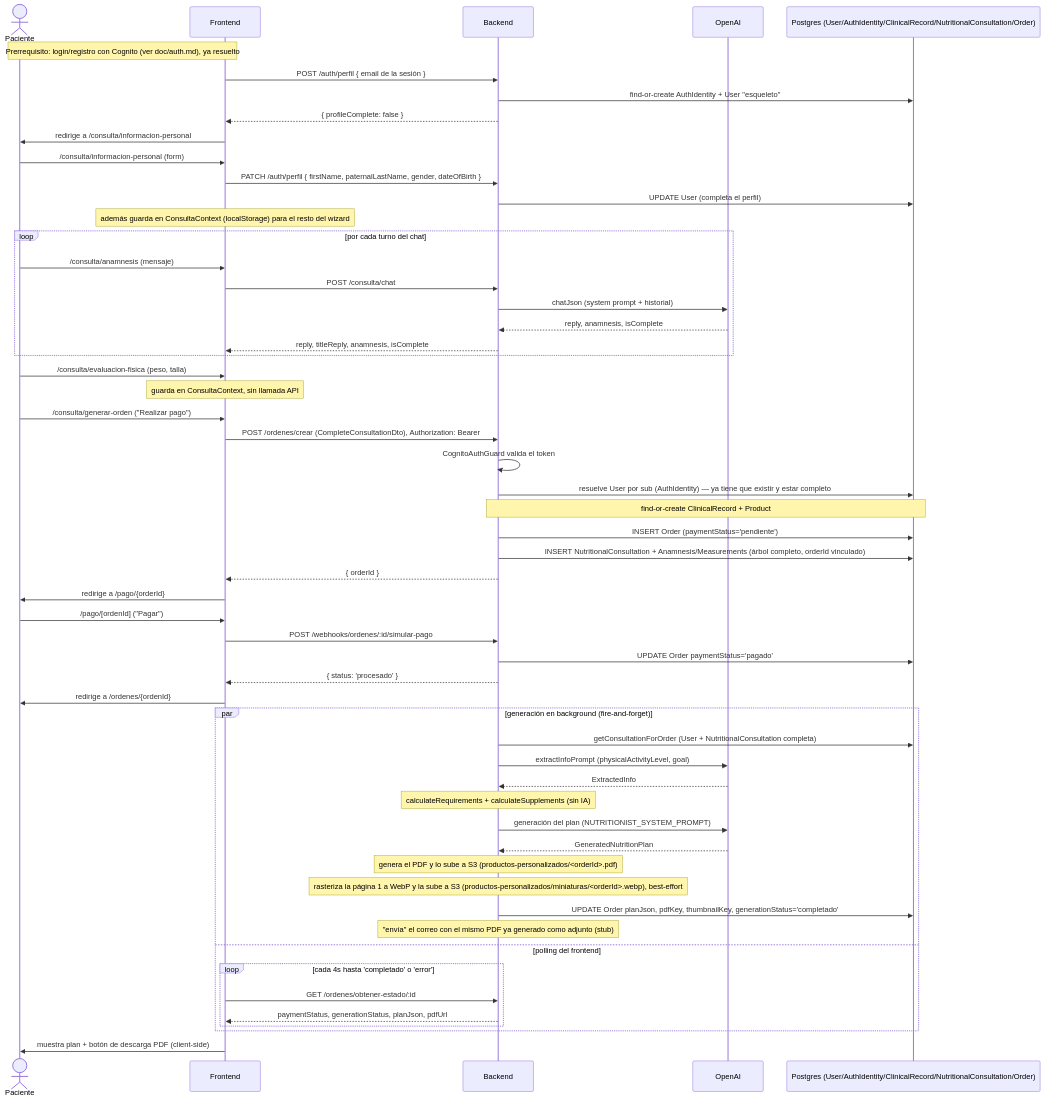
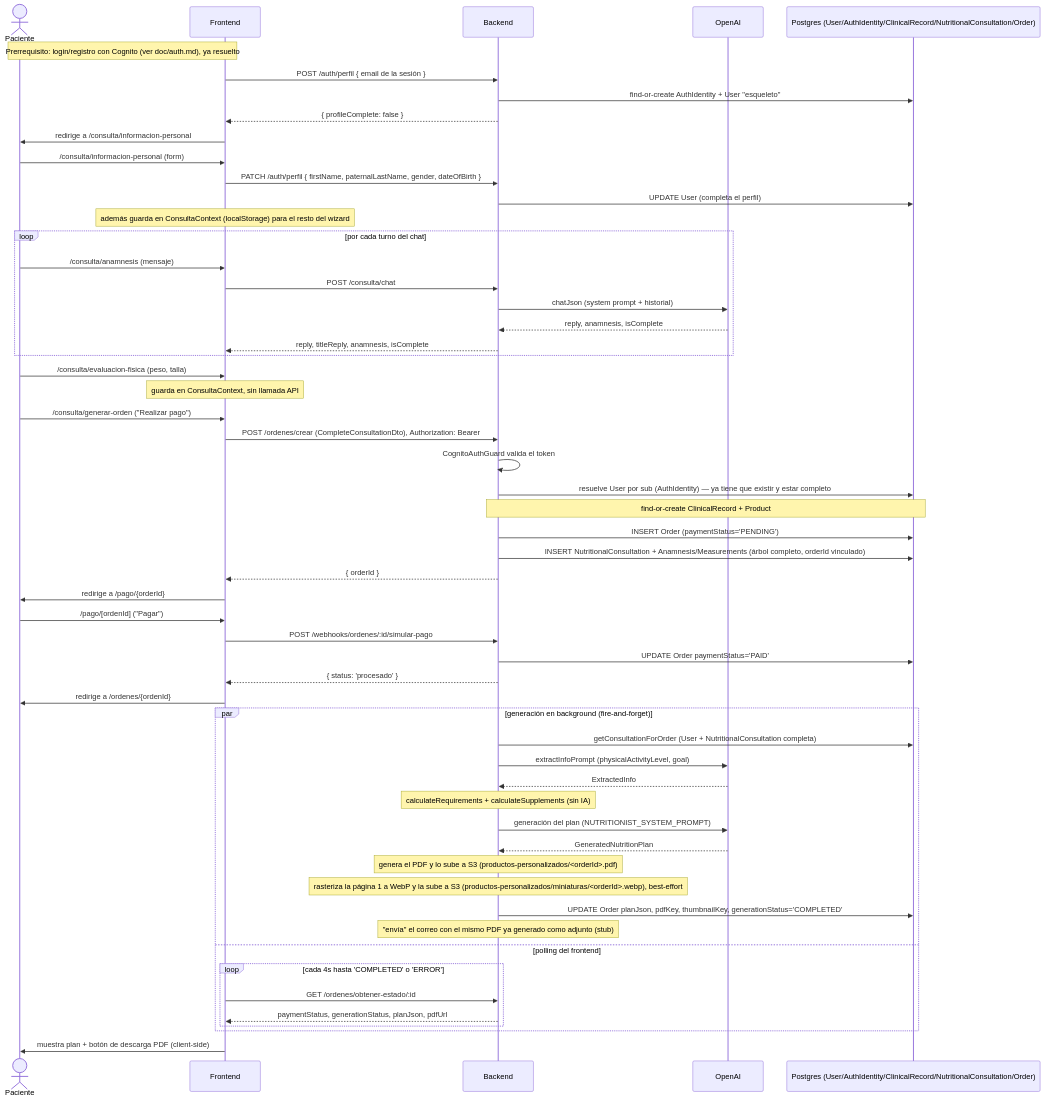
Before and after one commit to alvarocberna/fitplan-back: the diagram in doc/flow-happy-path.md, drawn with Mermaid. The commit also changed other lines of this file and 60 other files, not shown here.

````diff
--- a/doc/flow-happy-path.md
+++ b/doc/flow-happy-path.md
@@ -36,66 +36,66 @@
 ```mermaid
 sequenceDiagram
     actor Paciente
     participant FE as Frontend
     participant BE as Backend
     participant AI as OpenAI
     participant DB as Postgres (User/AuthIdentity/ClinicalRecord/NutritionalConsultation/Order)
 
     Note over Paciente,FE: Prerrequisito: login/registro con Cognito (ver doc/auth.md), ya resuelto
     FE->>BE: POST /auth/perfil { email de la sesión }
     BE->>DB: find-or-create AuthIdentity + User "esqueleto"
     BE-->>FE: { profileComplete: false }
     FE->>Paciente: redirige a /consulta/informacion-personal
 
     Paciente->>FE: /consulta/informacion-personal (form)
     FE->>BE: PATCH /auth/perfil { firstName, paternalLastName, gender, dateOfBirth }
     BE->>DB: UPDATE User (completa el perfil)
     Note over FE: además guarda en ConsultaContext (localStorage) para el resto del wizard
 
     loop por cada turno del chat
         Paciente->>FE: /consulta/anamnesis (mensaje)
         FE->>BE: POST /consulta/chat
         BE->>AI: chatJson (system prompt + historial)
         AI-->>BE: reply, anamnesis, isComplete
         BE-->>FE: reply, titleReply, anamnesis, isComplete
     end
 
     Paciente->>FE: /consulta/evaluacion-fisica (peso, talla)
     Note over FE: guarda en ConsultaContext, sin llamada API
 
     Paciente->>FE: /consulta/generar-orden ("Realizar pago")
     FE->>BE: POST /ordenes/crear (CompleteConsultationDto), Authorization: Bearer
     BE->>BE: CognitoAuthGuard valida el token
     BE->>DB: resuelve User por sub (AuthIdentity) — ya tiene que existir y estar completo
     Note over BE,DB: find-or-create ClinicalRecord + Product
-    BE->>DB: INSERT Order (paymentStatus='pendiente')
+    BE->>DB: INSERT Order (paymentStatus='PENDING')
     BE->>DB: INSERT NutritionalConsultation + Anamnesis/Measurements (árbol completo, orderId vinculado)
     BE-->>FE: { orderId }
     FE->>Paciente: redirige a /pago/{orderId}
 
     Paciente->>FE: /pago/[ordenId] ("Pagar")
     FE->>BE: POST /webhooks/ordenes/:id/simular-pago
-    BE->>DB: UPDATE Order paymentStatus='pagado'
+    BE->>DB: UPDATE Order paymentStatus='PAID'
     BE-->>FE: { status: 'procesado' }
     FE->>Paciente: redirige a /ordenes/{ordenId}
 
     par generación en background (fire-and-forget)
         BE->>DB: getConsultationForOrder (User + NutritionalConsultation completa)
         BE->>AI: extractInfoPrompt (physicalActivityLevel, goal)
         AI-->>BE: ExtractedInfo
         Note over BE: calculateRequirements + calculateSupplements (sin IA)
         BE->>AI: generación del plan (NUTRITIONIST_SYSTEM_PROMPT)
         AI-->>BE: GeneratedNutritionPlan
         Note over BE: genera el PDF y lo sube a S3 (productos-personalizados/<orderId>.pdf)
         Note over BE: rasteriza la página 1 a WebP y la sube a S3 (productos-personalizados/miniaturas/<orderId>.webp), best-effort
-        BE->>DB: UPDATE Order planJson, pdfKey, thumbnailKey, generationStatus='completado'
+        BE->>DB: UPDATE Order planJson, pdfKey, thumbnailKey, generationStatus='COMPLETED'
         Note over BE: "envía" el correo con el mismo PDF ya generado como adjunto (stub)
     and polling del frontend
-        loop cada 4s hasta 'completado' o 'error'
+        loop cada 4s hasta 'COMPLETED' o 'ERROR'
             FE->>BE: GET /ordenes/obtener-estado/:id
             BE-->>FE: paymentStatus, generationStatus, planJson, pdfUrl
         end
     end
 
     FE->>Paciente: muestra plan + botón de descarga PDF (client-side)
 ```
````
